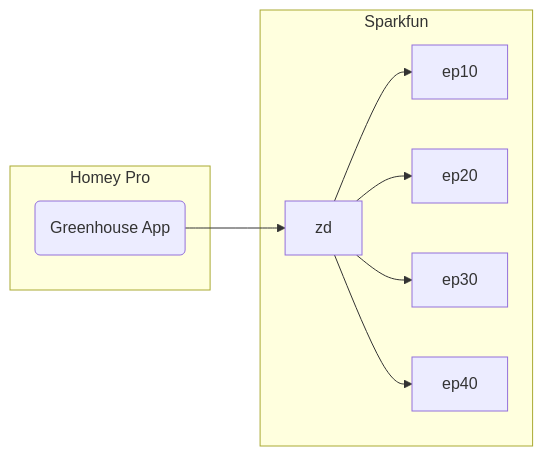
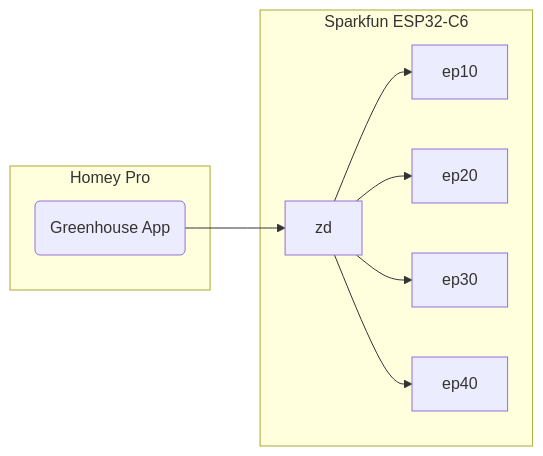
The diagram in doc/README.md (dnulnets/greenhouse), drawn with Mermaid before and after one commit.

Commit message:
Updated zigbee model

````diff
--- a/doc/README.md
+++ b/doc/README.md
@@ -5,14 +5,14 @@
 ```mermaid
 flowchart LR
     subgraph Homey Pro
     app("Greenhouse App")
     end
-    subgraph Sparkfun
+    subgraph Sparkfun ESP32-C6
     zd
     zd-->ep10
     zd-->ep20
     zd-->ep30
     zd-->ep40
     end
     app-->zd
 ```
````
